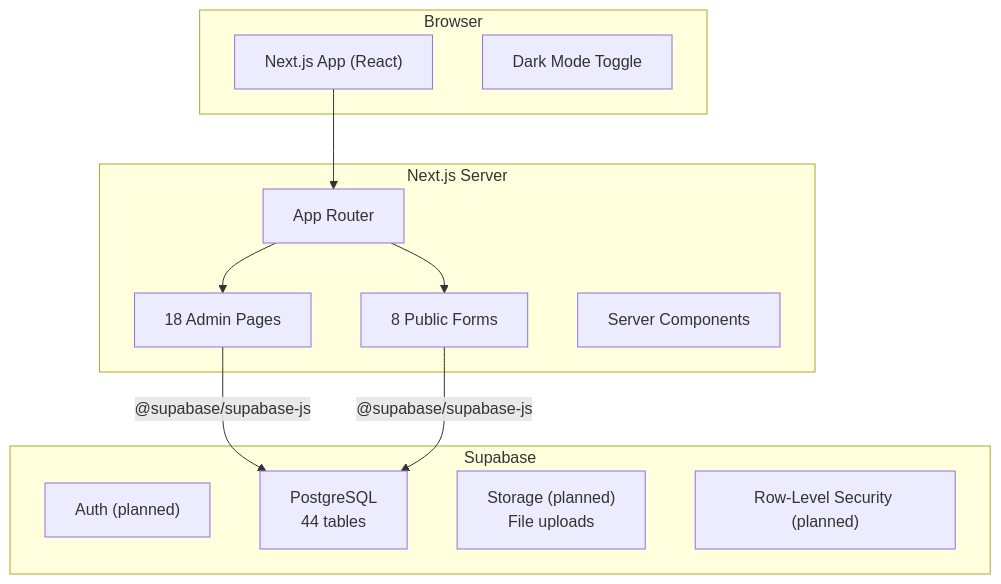
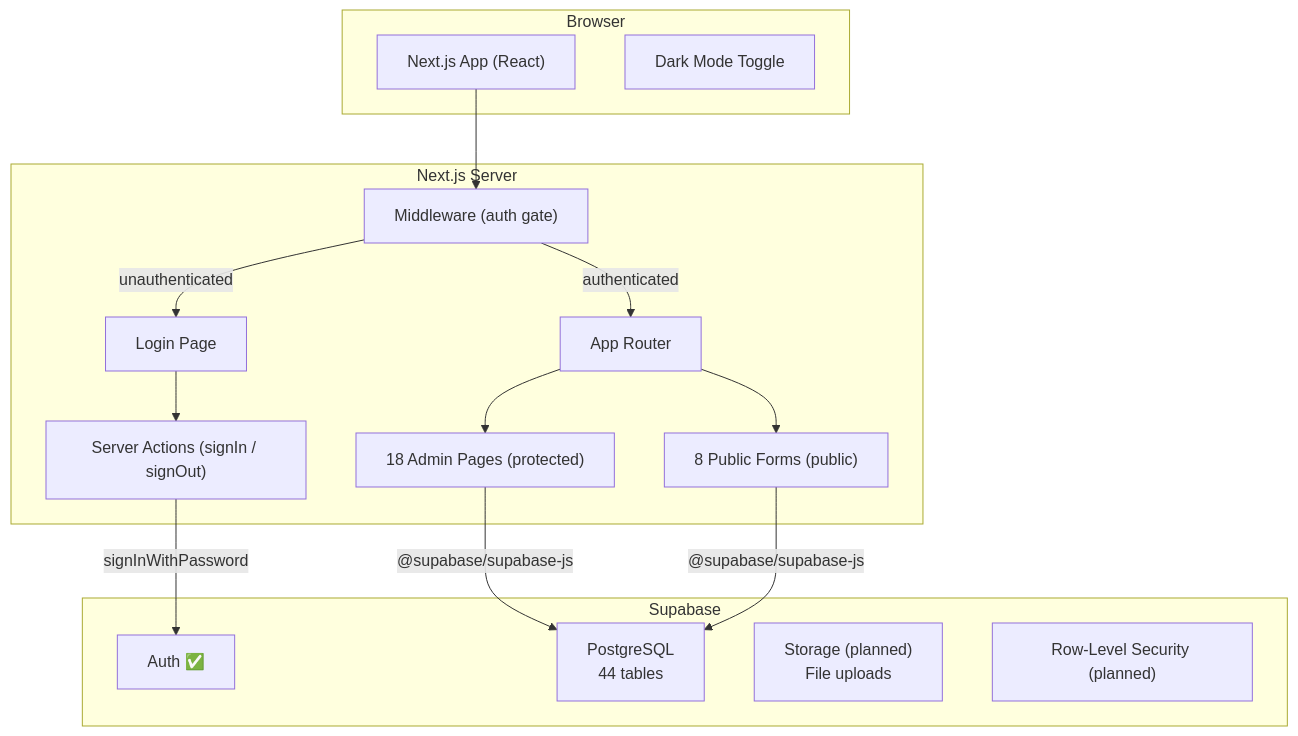
The first of 5 diagrams in docs/ARCHITECTURE.md (AIXMOS537/TMMT), drawn with Mermaid before and after one commit. The commit also changed other lines of this file and 1 other file, not shown here.

Commit message:
docs: update STATUS and ARCHITECTURE for Supabase Auth

````diff
--- a/docs/ARCHITECTURE.md
+++ b/docs/ARCHITECTURE.md
@@ -16,27 +17,33 @@
 ```mermaid
 graph TB
     subgraph Client["Browser"]
         UI["Next.js App (React)"]
         Toggle["Dark Mode Toggle"]
     end
 
     subgraph Server["Next.js Server"]
+        Middleware["Middleware (auth gate)"]
         AppRouter["App Router"]
-        Pages["18 Admin Pages"]
-        Forms["8 Public Forms"]
-        API["Server Components"]
+        AdminPages["18 Admin Pages (protected)"]
+        Forms["8 Public Forms (public)"]
+        LoginPage["Login Page"]
+        ServerActions["Server Actions (signIn / signOut)"]
     end
 
     subgraph Backend["Supabase"]
-        Auth["Auth (planned)"]
+        Auth["Auth ✅"]
         DB["PostgreSQL<br/>44 tables"]
         Storage["Storage (planned)<br/>File uploads"]
         RLS["Row-Level Security (planned)"]
     end
 
-    UI --> AppRouter
-    AppRouter --> Pages
+    UI --> Middleware
+    Middleware -->|"authenticated"| AppRouter
+    Middleware -->|"unauthenticated"| LoginPage
+    AppRouter --> AdminPages
     AppRouter --> Forms
-    Pages -->|"@supabase/supabase-js"| DB
+    LoginPage --> ServerActions
+    ServerActions -->|"signInWithPassword"| Auth
+    AdminPages -->|"@supabase/supabase-js"| DB
     Forms -->|"@supabase/supabase-js"| DB
 ```
````
